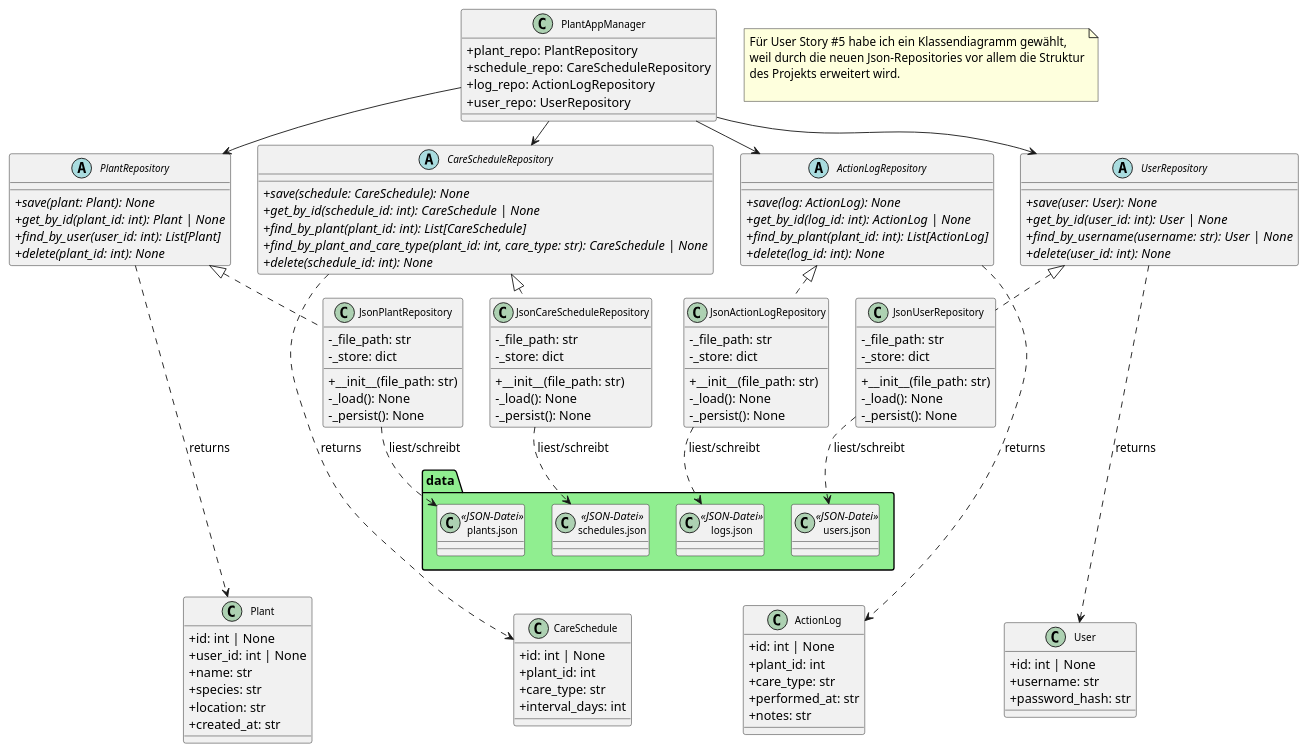
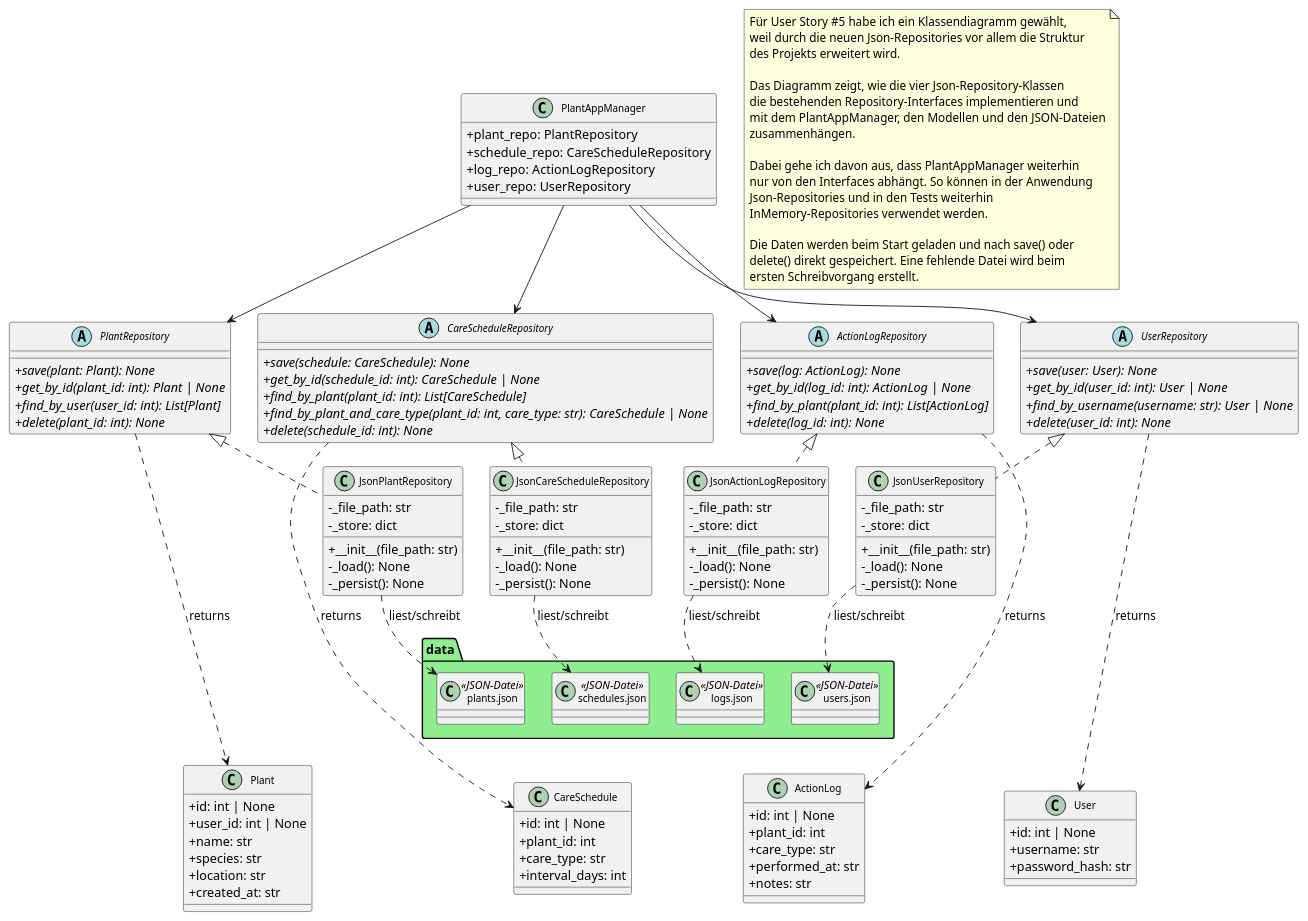
Before and after one commit to Annika-Ostendorp/pflanzenkalender-teil-2: the diagram in diagrams/us5_json_repositories.puml, drawn with PlantUML.

Commit message:
Adjust note description about why I chose this type of diagram

```diff
--- a/diagrams/us5_json_repositories.puml
+++ b/diagrams/us5_json_repositories.puml
@@ -192,5 +192,19 @@
 weil durch die neuen Json-Repositories vor allem die Struktur
 des Projekts erweitert wird.
 
+Das Diagramm zeigt, wie die vier Json-Repository-Klassen
+die bestehenden Repository-Interfaces implementieren und
+mit dem PlantAppManager, den Modellen und den JSON-Dateien
+zusammenhängen.
+
+Dabei gehe ich davon aus, dass PlantAppManager weiterhin
+nur von den Interfaces abhängt. So können in der Anwendung
+Json-Repositories und in den Tests weiterhin
+InMemory-Repositories verwendet werden.
+
+Die Daten werden beim Start geladen und nach save() oder
+delete() direkt gespeichert. Eine fehlende Datei wird beim
+ersten Schreibvorgang erstellt.
 end note
+
 @enduml
```
